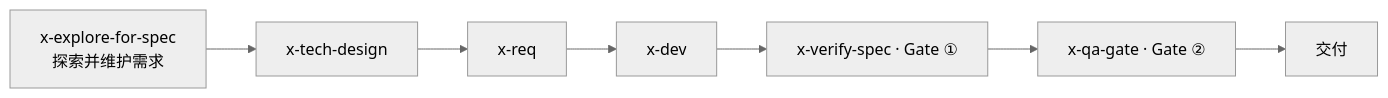
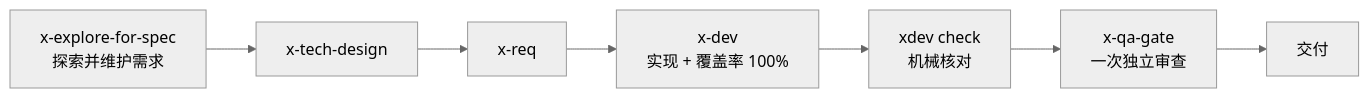
Before and after one commit to KtKID/x-dev-pipeline: the diagram in README_zh.md, drawn with Mermaid (neutral theme). The commit also changed other lines of this file and 100 other files, not shown here.

````diff
--- a/README_zh.md
+++ b/README_zh.md
@@ -26,9 +25,9 @@
 ```mermaid
 flowchart LR
     A["x-explore-for-spec<br/>探索并维护需求"] --> B["x-tech-design"]
     B --> C["x-req"]
-    C --> D["x-dev"]
-    D --> E["x-verify-spec · Gate ①"]
-    E --> F["x-qa-gate · Gate ②"]
+    C --> D["x-dev<br/>实现 + 覆盖率 100%"]
+    D --> E["xdev check<br/>机械核对"]
+    E --> F["x-qa-gate<br/>一次独立审查"]
     F --> G["交付"]
 ```
````
